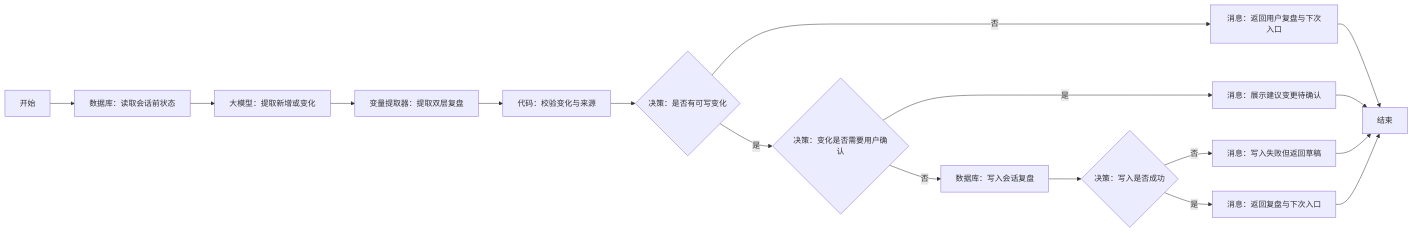
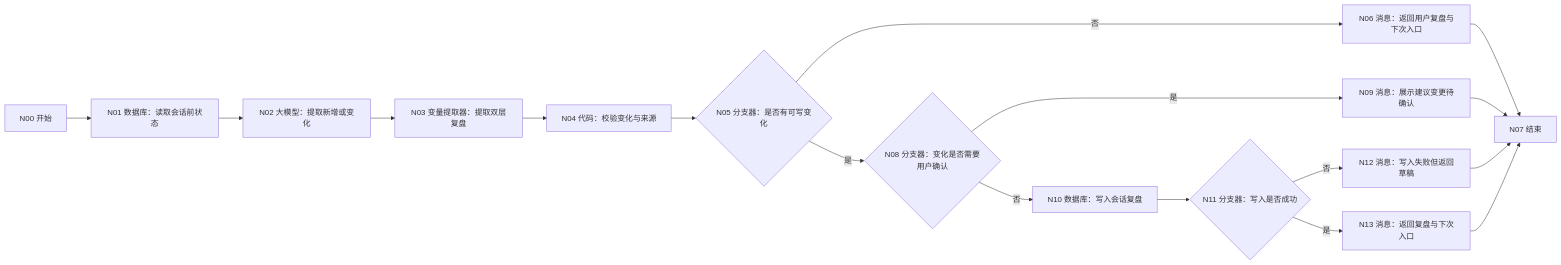
One commit to caoyue0115/university-life-planning-simulator changed the diagram in docs/workflows/WF-12-session-recap.md. Above: the diagram before and after it, drawn with Mermaid. The commit also changed other lines of this file and 34 other files, not shown here.

````diff
--- a/docs/workflows/WF-12-session-recap.md
+++ b/docs/workflows/WF-12-session-recap.md
@@ -25,11 +25,11 @@
 ```mermaid
 flowchart LR
-  S[开始] --> R[数据库：读取会话前状态] --> E[大模型：提取新增或变化] --> X[变量提取器：提取双层复盘] --> V[代码：校验变化与来源]
-  V --> H{决策：是否有可写变化}
-  H -- 否 --> N[消息：返回用户复盘与下次入口] --> Z[结束]
-  H -- 是 --> C{决策：变化是否需要用户确认}
-  C -- 是 --> P[消息：展示建议变更待确认] --> Z
-  C -- 否 --> W[数据库：写入会话复盘] --> K{决策：写入是否成功}
-  K -- 否 --> F[消息：写入失败但返回草稿] --> Z
-  K -- 是 --> O[消息：返回复盘与下次入口] --> Z
+  S[N00 开始] --> R[N01 数据库：读取会话前状态] --> E[N02 大模型：提取新增或变化] --> X[N03 变量提取器：提取双层复盘] --> V[N04 代码：校验变化与来源]
+  V --> H{N05 分支器：是否有可写变化}
+  H -- 否 --> N[N06 消息：返回用户复盘与下次入口] --> Z[N07 结束]
+  H -- 是 --> C{N08 分支器：变化是否需要用户确认}
+  C -- 是 --> P[N09 消息：展示建议变更待确认] --> Z
+  C -- 否 --> W[N10 数据库：写入会话复盘] --> K{N11 分支器：写入是否成功}
+  K -- 否 --> F[N12 消息：写入失败但返回草稿] --> Z
+  K -- 是 --> O[N13 消息：返回复盘与下次入口] --> Z
 ```
````
